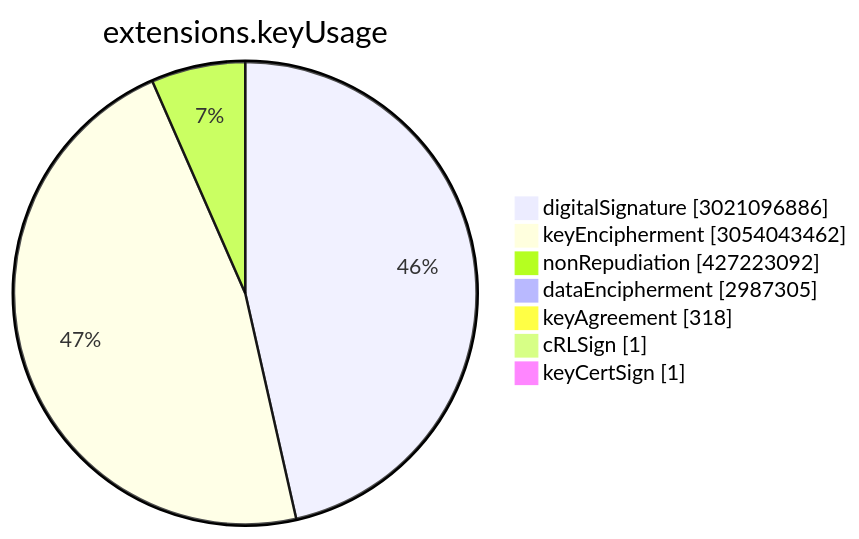
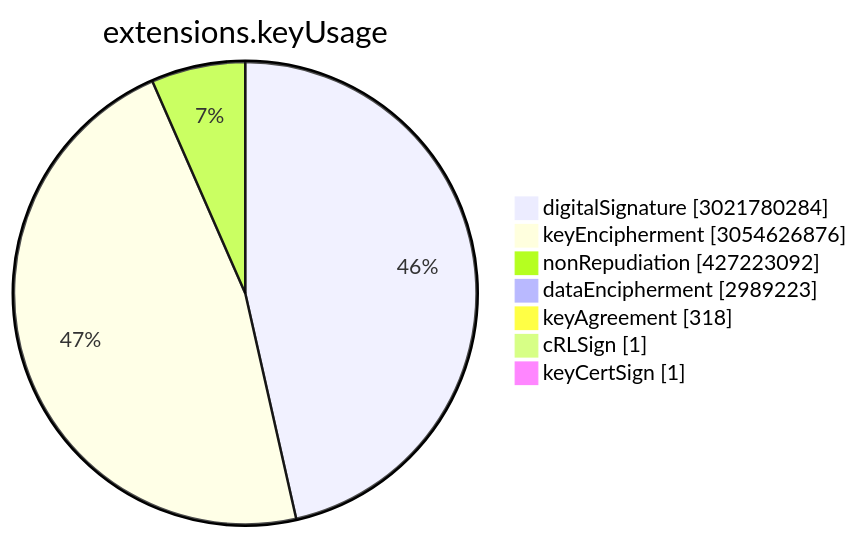
One commit to christiankrug/ctmonitor_visualization changed the sixth of 15 diagrams in TOTAL/README.md. Above: the diagram before and after it, drawn with Mermaid. The commit also changed other lines of this file, not shown here.

````diff
--- a/TOTAL/README.md
+++ b/TOTAL/README.md
@@ -3075,11 +3075,11 @@
 ```mermaid
 pie showData
 title extensions.keyUsage
-"digitalSignature" :3021096886
-"keyEncipherment" :3054043462
+"digitalSignature" :3021780284
+"keyEncipherment" :3054626876
 "nonRepudiation" :427223092
-"dataEncipherment" :2987305
+"dataEncipherment" :2989223
 "keyAgreement" :318
 "cRLSign" :1
 "keyCertSign" :1
 ```
````
